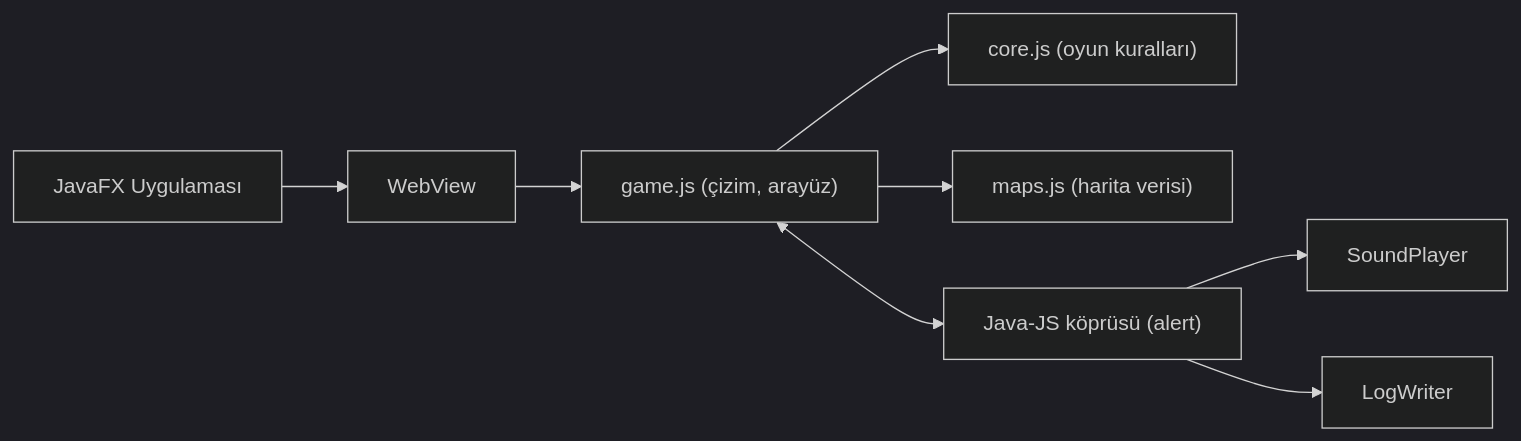
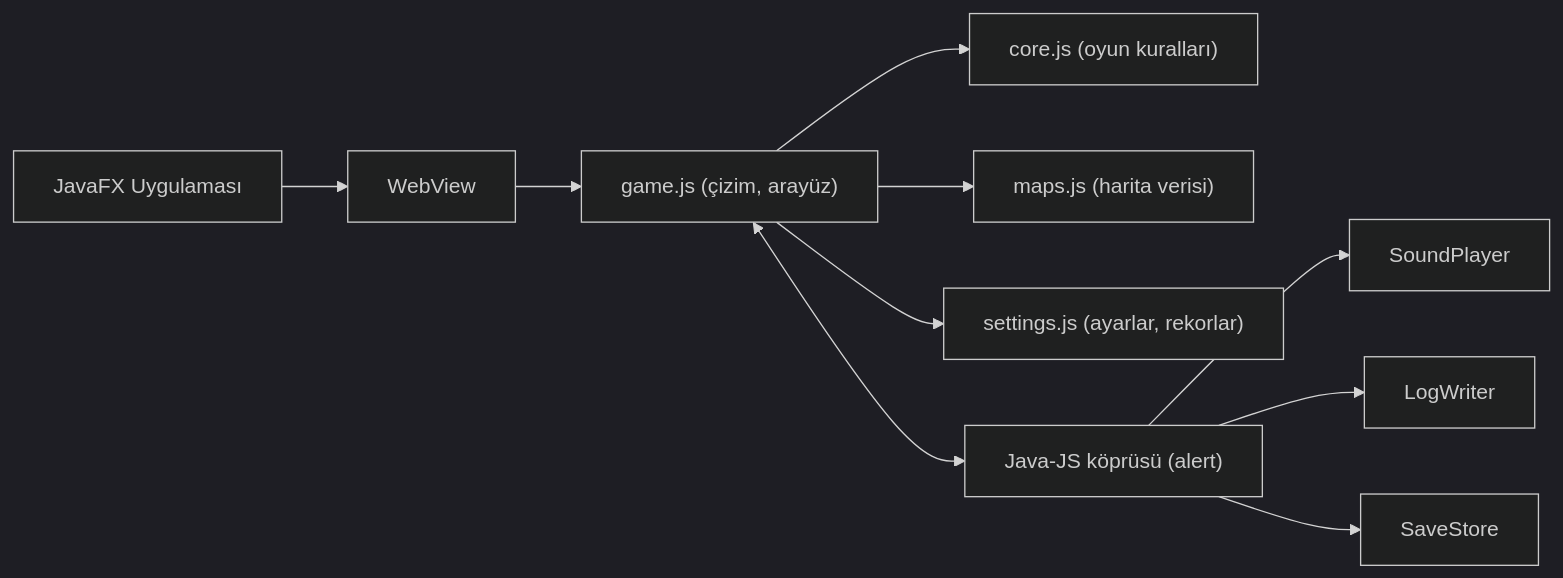
One commit to CaptainGM/su-alti-savunma-fx changed the diagram in README.md. Above: the diagram before and after it, drawn with Mermaid (dark theme). The commit also changed other lines of this file and 4 other files, not shown here.

````diff
--- a/README.md
+++ b/README.md
@@ -35,10 +61,12 @@
 ```mermaid
 flowchart LR
     APP[JavaFX Uygulaması] --> WV[WebView]
     WV --> UI["game.js (çizim, arayüz)"]
     UI --> CORE["core.js (oyun kuralları)"]
     UI --> MAPS["maps.js (harita verisi)"]
+    UI --> SET["settings.js (ayarlar, rekorlar)"]
     UI <--> BR["Java-JS köprüsü (alert)"]
     BR --> SND[SoundPlayer]
     BR --> LOG[LogWriter]
+    BR --> SAVE[SaveStore]
 ```
````
